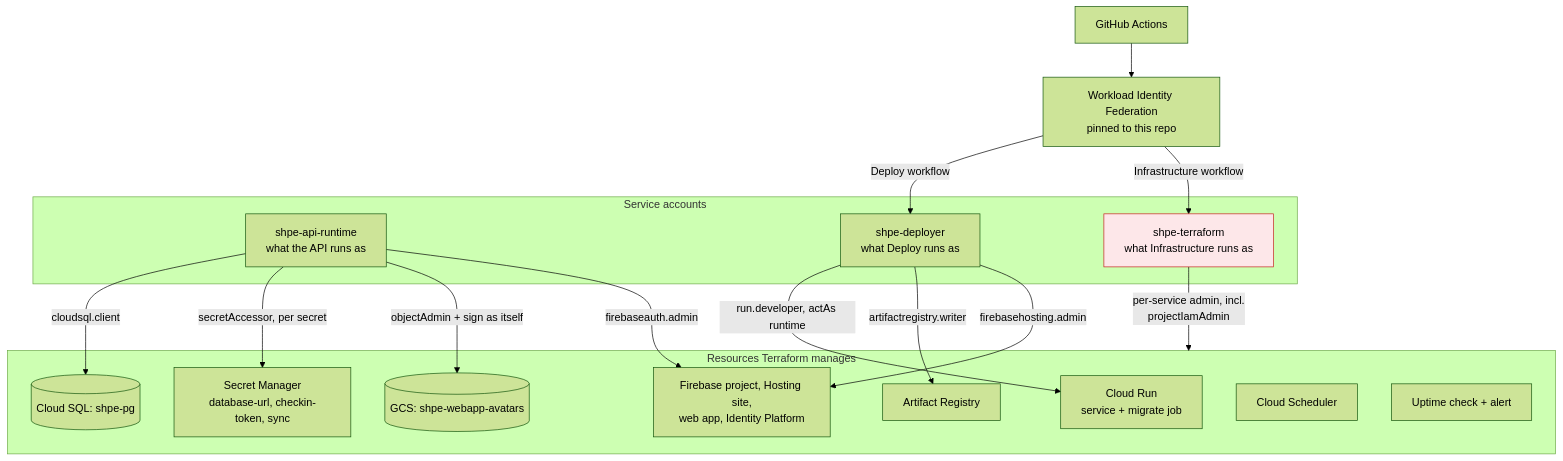
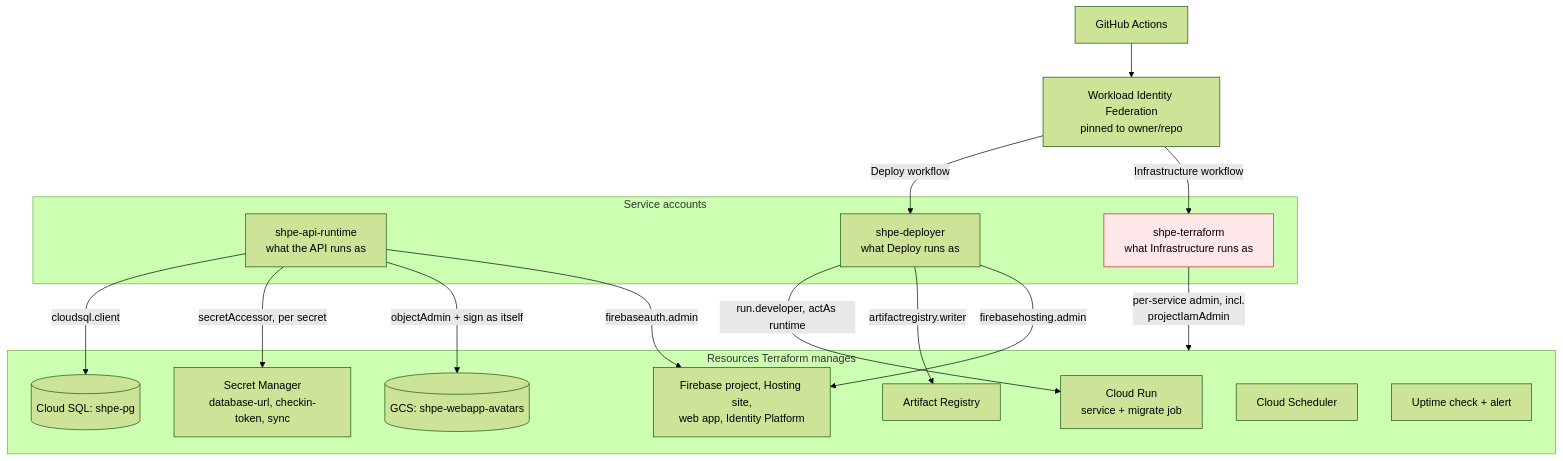
One commit to SHPE-UIC/shpe-web-app changed diagram 11 of 12 in docs/ARCHITECTURE.md. Above: the diagram before and after it, drawn with Mermaid (forest theme). The commit also changed 4 other files, not shown here.

````diff
--- a/docs/ARCHITECTURE.md
+++ b/docs/ARCHITECTURE.md
@@ -489,40 +489,40 @@
 ```mermaid
 graph TB
     subgraph sa["Service accounts"]
         RT["shpe-api-runtime<br/>what the API runs as"]
         DEP["shpe-deployer<br/>what Deploy runs as"]
         TFA["shpe-terraform<br/>what Infrastructure runs as"]
     end
 
     subgraph res["Resources Terraform manages"]
         RUN["Cloud Run<br/>service + migrate job"]
         SQL[("Cloud SQL: shpe-pg")]
         SEC["Secret Manager<br/>database-url, checkin-token, sync"]
         GCS[("GCS: shpe-webapp-avatars")]
         AR["Artifact Registry"]
         FIRE["Firebase project, Hosting site,<br/>web app, Identity Platform"]
         SCHED["Cloud Scheduler"]
         MON["Uptime check + alert"]
     end
 
-    WIF["Workload Identity Federation<br/>pinned to this repo"]
+    WIF["Workload Identity Federation<br/>pinned to owner/repo"]
     GH["GitHub Actions"]
 
     GH --> WIF
     WIF -->|"Deploy workflow"| DEP
     WIF -->|"Infrastructure workflow"| TFA
 
     RT -->|"cloudsql.client"| SQL
     RT -->|"secretAccessor, per secret"| SEC
     RT -->|"objectAdmin + sign as itself"| GCS
     RT -->|"firebaseauth.admin"| FIRE
 
     DEP -->|"run.developer, actAs runtime"| RUN
     DEP -->|"artifactregistry.writer"| AR
     DEP -->|"firebasehosting.admin"| FIRE
 
     TFA -->|"per-service admin, incl.<br/>projectIamAdmin"| res
 
     classDef danger fill:#fde7e9,stroke:#c5221f
     class TFA danger
 ```
````
